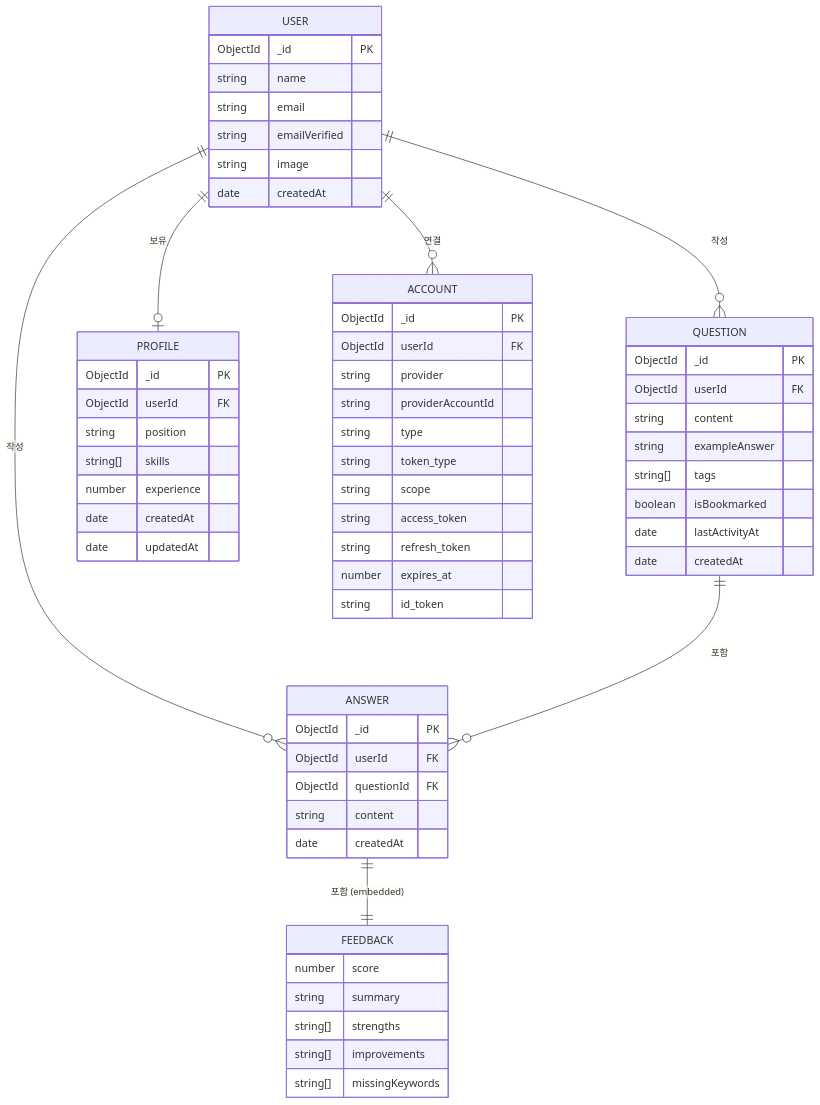
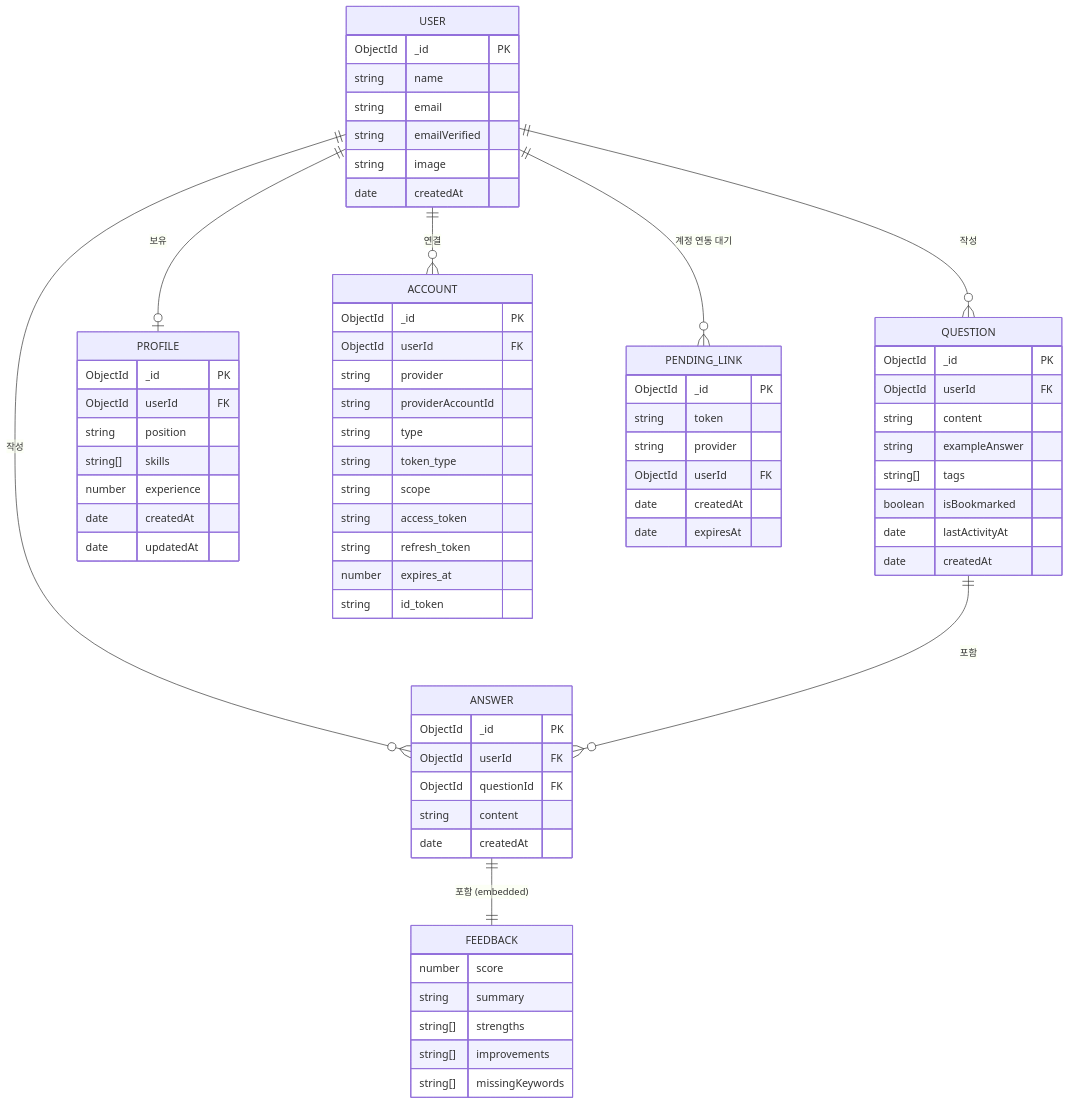
Before and after one commit to Yuna-001/techmate: the diagram in README.md, drawn with Mermaid. The commit also changed other lines of this file, not shown here.

Commit message:
docs: 소셜 계정 연동 문서 추가

````diff
--- a/README.md
+++ b/README.md
@@ -117,69 +118,79 @@
 ```mermaid
 erDiagram
     USER {
         ObjectId _id PK
         string name
         string email
         string emailVerified
         string image
         date createdAt
     }
 
     QUESTION {
         ObjectId _id PK
         ObjectId userId FK
         string content
         string exampleAnswer
         string[] tags
         boolean isBookmarked
         date lastActivityAt
         date createdAt
     }
 
     ANSWER {
         ObjectId _id PK
         ObjectId userId FK
         ObjectId questionId FK
         string content
         date createdAt
     }
 
     FEEDBACK {
         number score
         string summary
         string[] strengths
         string[] improvements
         string[] missingKeywords
     }
 
     PROFILE {
         ObjectId _id PK
         ObjectId userId FK
         string position
         string[] skills
         number experience
         date createdAt
         date updatedAt
     }
 
     ACCOUNT {
         ObjectId _id PK
         ObjectId userId FK
         string provider
         string providerAccountId
         string type
         string token_type
         string scope
         string access_token
         string refresh_token
         number expires_at
         string id_token
     }
 
+    PENDING_LINK {
+        ObjectId _id PK
+        string token
+        string provider
+        ObjectId userId FK
+        date createdAt
+        date expiresAt
+    }
+
     USER ||--o{ QUESTION : "작성"
     USER ||--o{ ANSWER : "작성"
     USER ||--o| PROFILE : "보유"
     USER ||--o{ ACCOUNT : "연결"
+    USER ||--o{ PENDING_LINK : "계정 연동 대기"
     QUESTION ||--o{ ANSWER : "포함"
     ANSWER ||--|| FEEDBACK : "포함 (embedded)"
 ```
````
